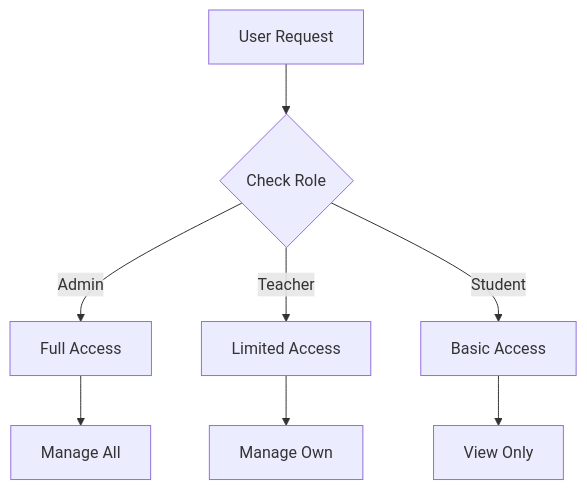
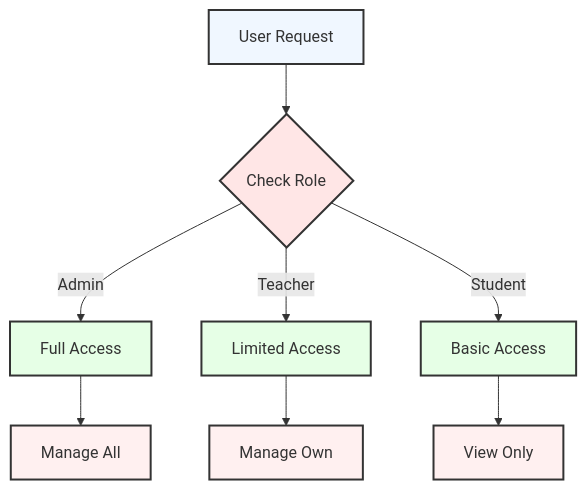
Before and after one commit to kafle1/timetablepro: the ninth of 11 diagrams in docs/USER_GUIDE.md, drawn with Mermaid. The commit also changed other lines of this file and 1 other file, not shown here.

Commit message:
docs: improve diagram colors for better text visibility

````diff
--- a/docs/USER_GUIDE.md
+++ b/docs/USER_GUIDE.md
@@ -556,11 +564,21 @@
 ```mermaid
 graph TB
     A[User Request] --> B{Check Role}
     B -->|Admin| C[Full Access]
     B -->|Teacher| D[Limited Access]
     B -->|Student| E[Basic Access]
     
     C --> F[Manage All]
     D --> G[Manage Own]
     E --> H[View Only]
+
+    classDef default fill:#f0f7ff,stroke:#333,stroke-width:2px
+    classDef decision fill:#ffe6e6,stroke:#333,stroke-width:2px
+    classDef access fill:#e6ffe6,stroke:#333,stroke-width:2px
+    classDef action fill:#fff0f0,stroke:#333,stroke-width:2px
+    
+    class A default
+    class B decision
+    class C,D,E access
+    class F,G,H action
 ```
````
